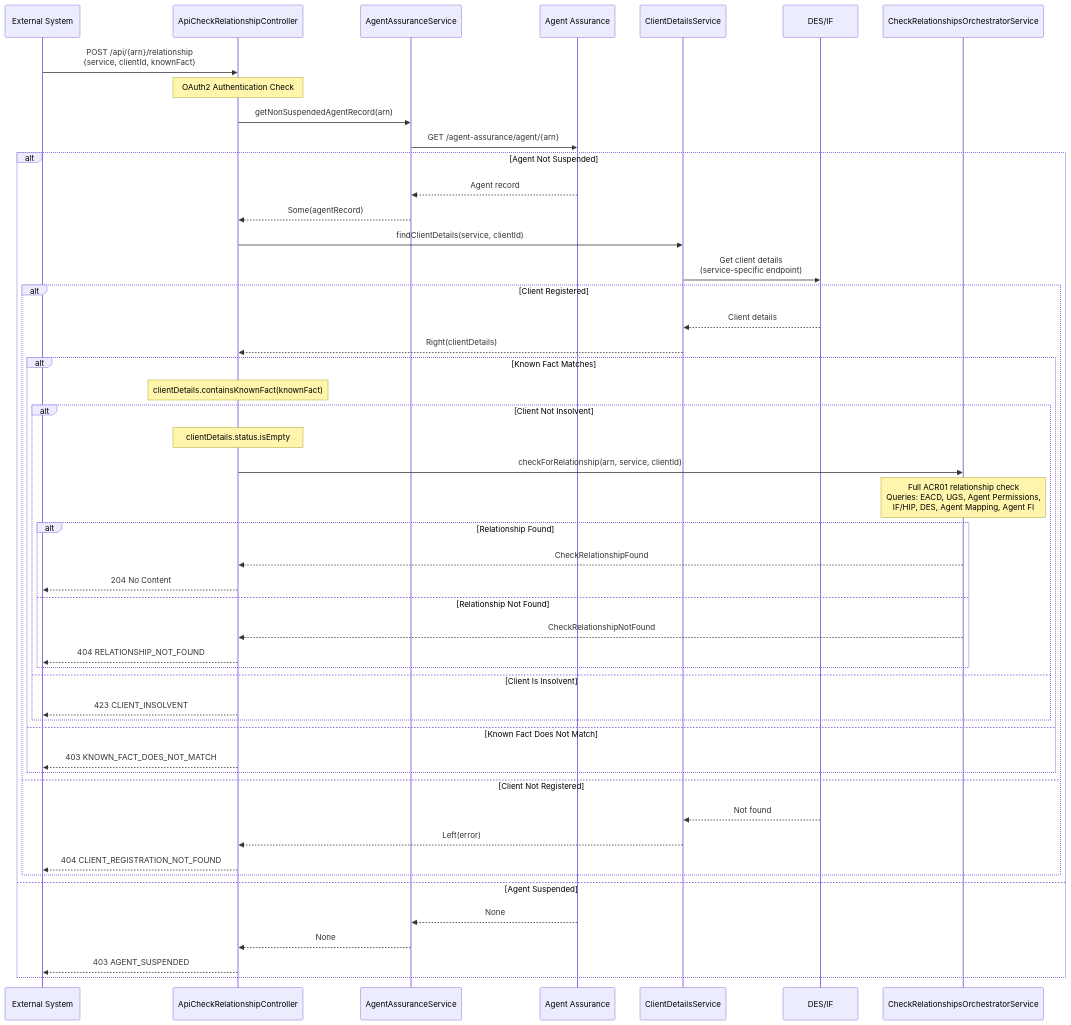
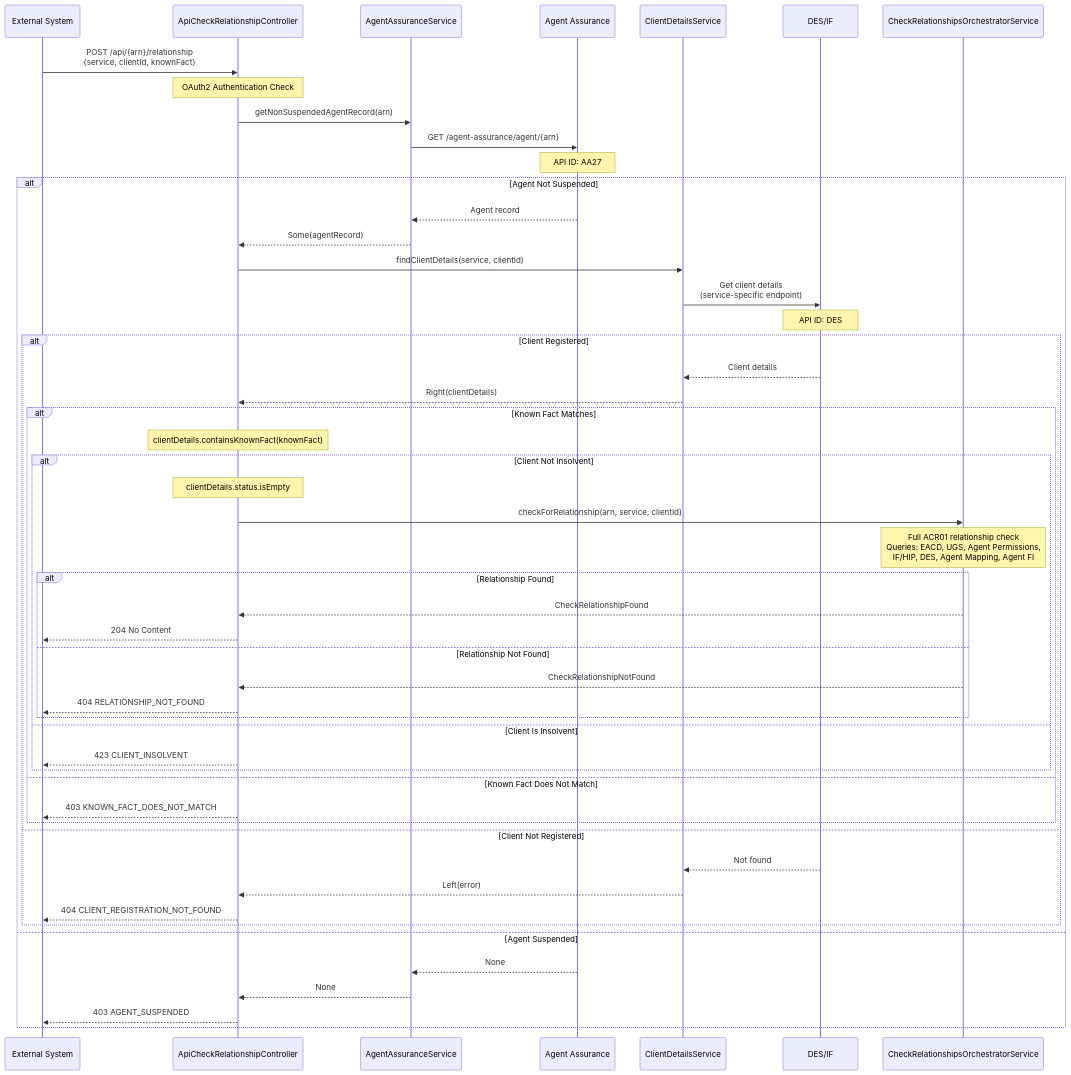
One commit to hmrc/agent-client-relationships changed the diagram in service-dependency-map/agent-client-relationships/ACR34/ACR34.mmd. Above: the diagram before and after it, drawn with Mermaid. The commit also changed 88 other files, not shown here.

```diff
--- a/service-dependency-map/agent-client-relationships/ACR34/ACR34.mmd
+++ b/service-dependency-map/agent-client-relationships/ACR34/ACR34.mmd
@@ -1,66 +1,68 @@
 %% Last Updated: 2025-11-20
 %% Git Commit SHA: b2138b4e3958677748c1820c3d715d4fbb9d3b2c
 %% Analysis Version: 1.0
 
 sequenceDiagram
     participant Client as External System
     participant ACRC as ApiCheckRelationshipController
     participant AAS as AgentAssuranceService
     participant AA as Agent Assurance
     participant CDS as ClientDetailsService
     participant DESIF as DES/IF
     participant CROS as CheckRelationshipsOrchestratorService
 
     Client->>ACRC: POST /api/{arn}/relationship<br/>{service, clientId, knownFact}
     Note over ACRC: OAuth2 Authentication Check
 
     ACRC->>AAS: getNonSuspendedAgentRecord(arn)
     AAS->>AA: GET /agent-assurance/agent/{arn}
+    Note over AA: API ID: AA27
 
     alt Agent Not Suspended
         AA-->>AAS: Agent record
         AAS-->>ACRC: Some(agentRecord)
 
         ACRC->>CDS: findClientDetails(service, clientId)
         CDS->>DESIF: Get client details<br/>(service-specific endpoint)
+        Note over DESIF: API ID: DES
 
         alt Client Registered
             DESIF-->>CDS: Client details
             CDS-->>ACRC: Right(clientDetails)
 
             alt Known Fact Matches
                 Note over ACRC: clientDetails.containsKnownFact(knownFact)
 
                 alt Client Not Insolvent
                     Note over ACRC: clientDetails.status.isEmpty
 
                     ACRC->>CROS: checkForRelationship(arn, service, clientId)
                     Note over CROS: Full ACR01 relationship check<br/>Queries: EACD, UGS, Agent Permissions,<br/>IF/HIP, DES, Agent Mapping, Agent FI
 
                     alt Relationship Found
                         CROS-->>ACRC: CheckRelationshipFound
                         ACRC-->>Client: 204 No Content
                     else Relationship Not Found
                         CROS-->>ACRC: CheckRelationshipNotFound
                         ACRC-->>Client: 404 RELATIONSHIP_NOT_FOUND
                     end
 
                 else Client Is Insolvent
                     ACRC-->>Client: 423 CLIENT_INSOLVENT
                 end
 
             else Known Fact Does Not Match
                 ACRC-->>Client: 403 KNOWN_FACT_DOES_NOT_MATCH
             end
 
         else Client Not Registered
             DESIF-->>CDS: Not found
             CDS-->>ACRC: Left(error)
             ACRC-->>Client: 404 CLIENT_REGISTRATION_NOT_FOUND
         end
 
     else Agent Suspended
         AA-->>AAS: None
         AAS-->>ACRC: None
         ACRC-->>Client: 403 AGENT_SUSPENDED
     end
```
